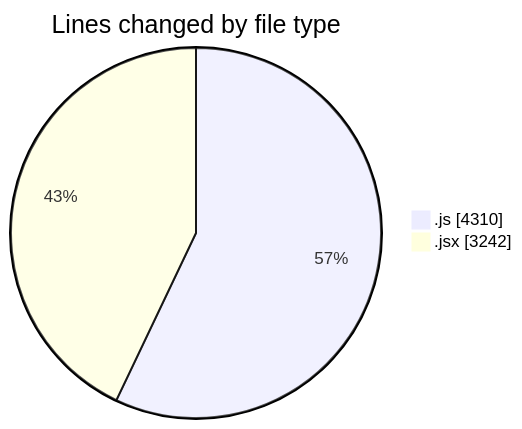
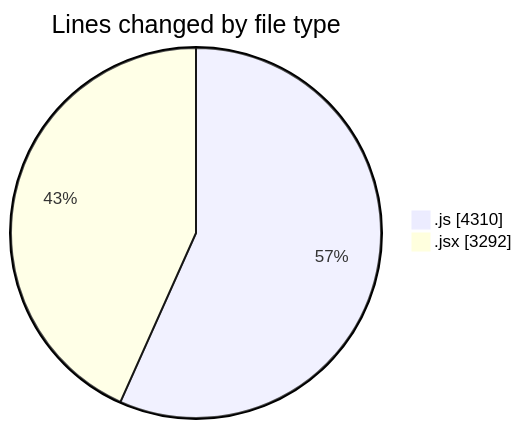
Before and after one commit to nxtqubesakshisongat/code-tracking: the first of 2 diagrams in 2025-12-29/nxtqube_webapp/README.md, drawn with Mermaid. The commit also changed other lines of this file and 1 other file, not shown here.

````diff
--- a/2025-12-29/nxtqube_webapp/README.md
+++ b/2025-12-29/nxtqube_webapp/README.md
@@ -24,6 +24,6 @@
 ```mermaid
 pie showData
 title Lines changed by file type
 ".js" : 4310
-".jsx" : 3242
+".jsx" : 3292
 ```
````
